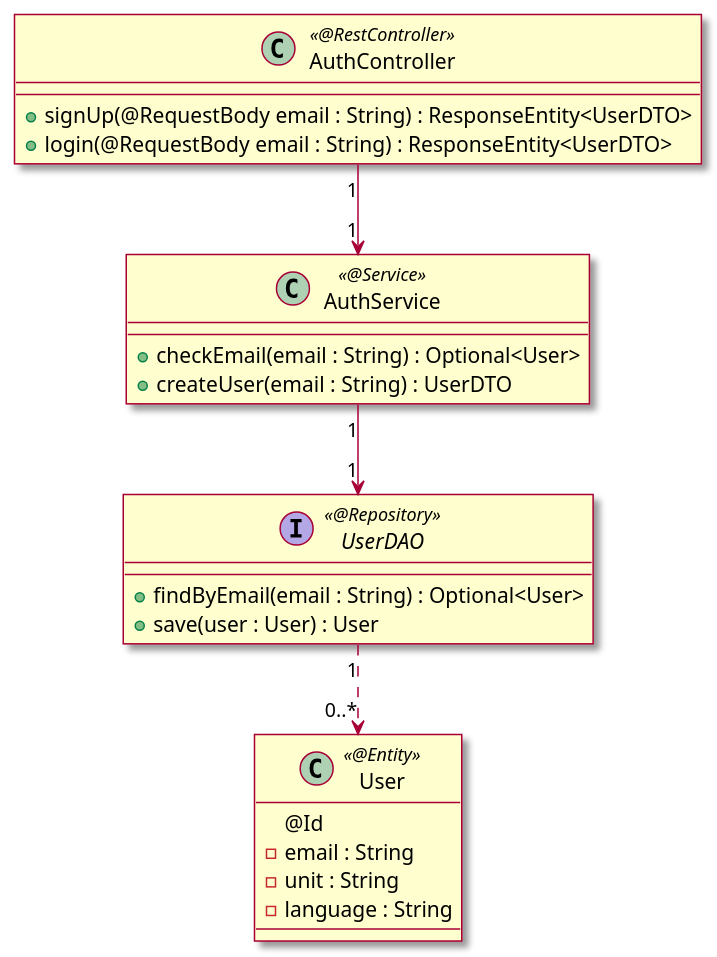
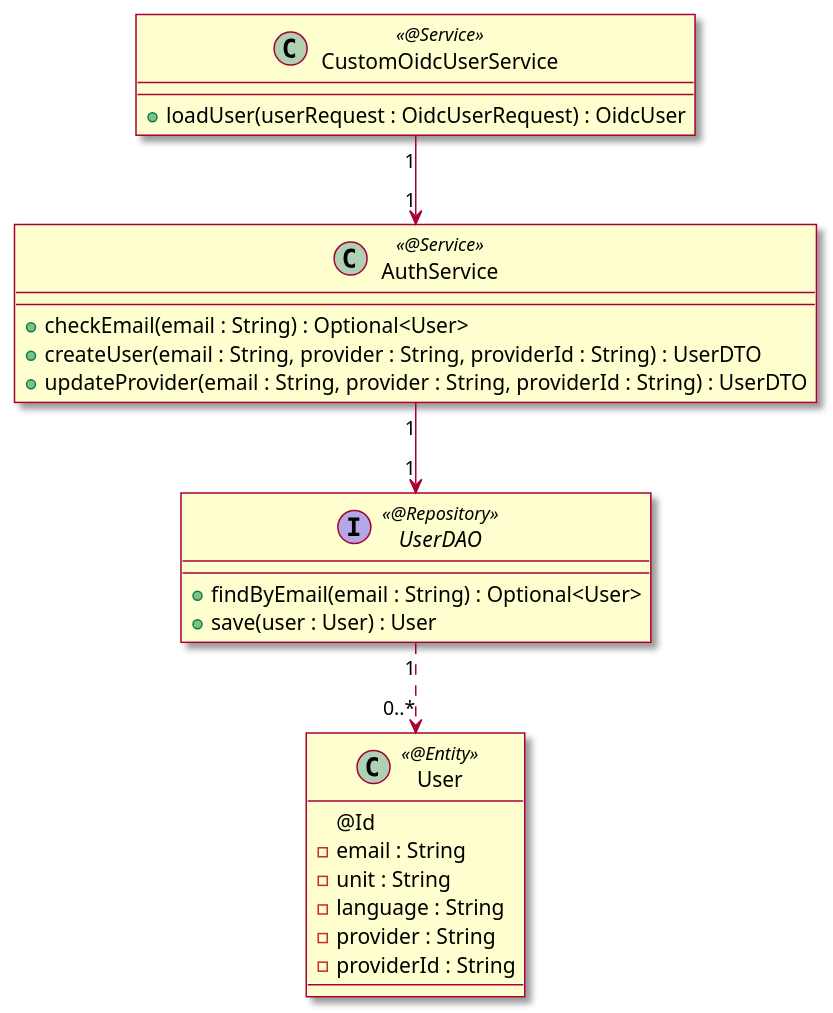
Before and after one commit to olivaux/planpotager: the fourth of 50 diagrams in specs/03_Conception_V1.0.md, drawn with PlantUML. The commit also changed other lines of this file and 19 other files, not shown here.

```diff
--- a/specs/03_Conception_V1.0.md
+++ b/specs/03_Conception_V1.0.md
@@ -623,32 +641,34 @@
 ~~~plantuml
 @startuml
 skin rose
 
-class AuthController <<@RestController>> {
-  + signUp(@RequestBody email : String) : ResponseEntity<UserDTO>
-  + login(@RequestBody email : String) : ResponseEntity<UserDTO>
+class CustomOidcUserService <<@Service>> {
+  + loadUser(userRequest : OidcUserRequest) : OidcUser
 }
 
 class AuthService <<@Service>> {
   + checkEmail(email : String) : Optional<User>
-  + createUser(email : String) : UserDTO
+  + createUser(email : String, provider : String, providerId : String) : UserDTO
+  + updateProvider(email : String, provider : String, providerId : String) : UserDTO
 }
 
 class User <<@Entity>> {
   @Id
   - email : String
   - unit : String
   - language : String
+  - provider : String
+  - providerId : String
 }
 
 interface UserDAO <<@Repository>> {
   + findByEmail(email : String) : Optional<User>
   + save(user : User) : User
 }
 
-AuthController "1" --> "1" AuthService
+CustomOidcUserService "1" --> "1" AuthService
 AuthService "1" --> "1" UserDAO
 UserDAO "1" ..> "0..*" User
 
 @enduml
 ~~~
```
